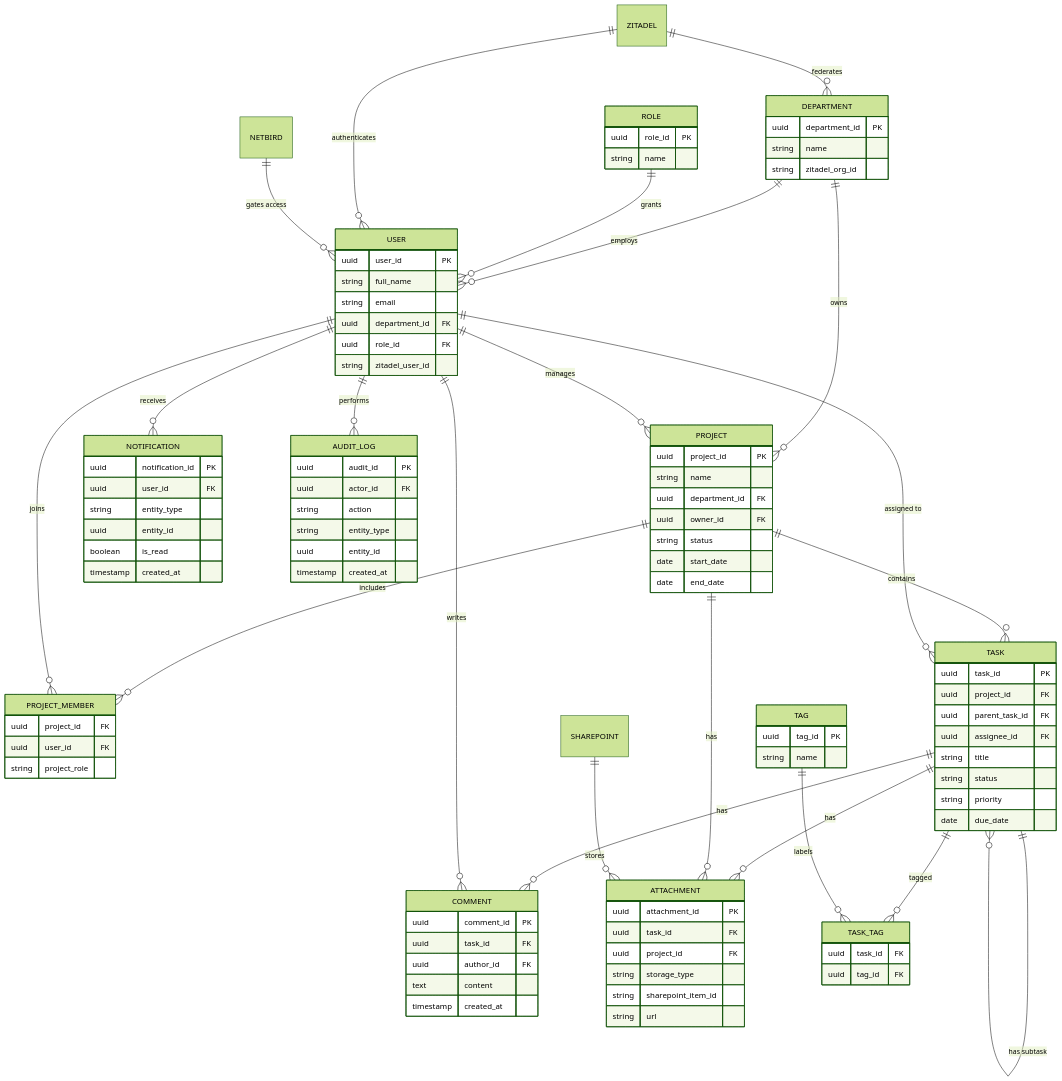
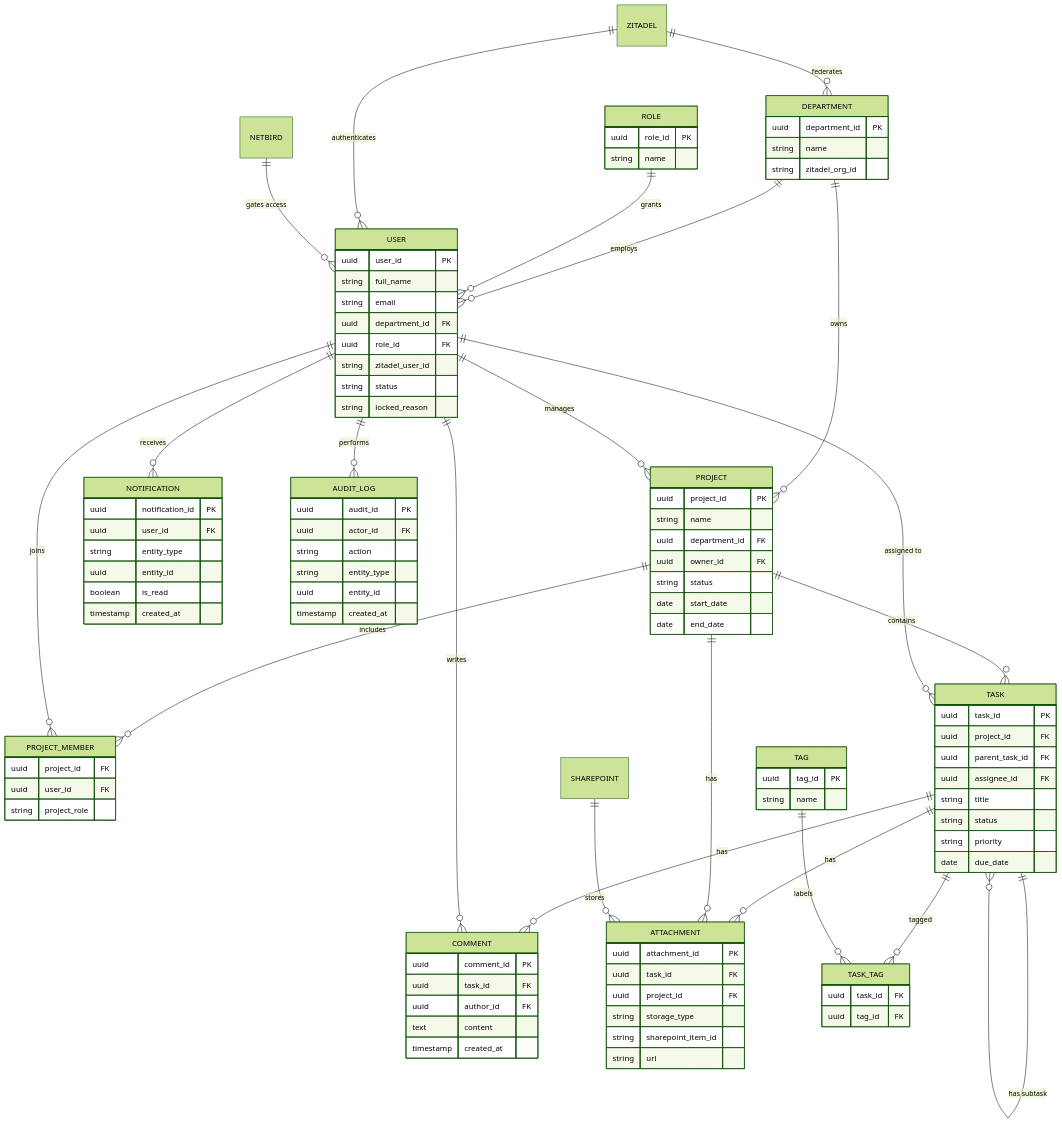
The diagram in Markdown/ERD.md (PhamHongPhuc777/IProgressor), drawn with Mermaid (forest theme) before and after one commit. The commit also changed other lines of this file, not shown here.

```diff
--- a/Markdown/ERD.md
+++ b/Markdown/ERD.md
@@ -44,6 +44,8 @@
         uuid department_id FK
         uuid role_id FK
         string zitadel_user_id
+        string status
+        string locked_reason
     }
     PROJECT {
         uuid project_id PK
```
